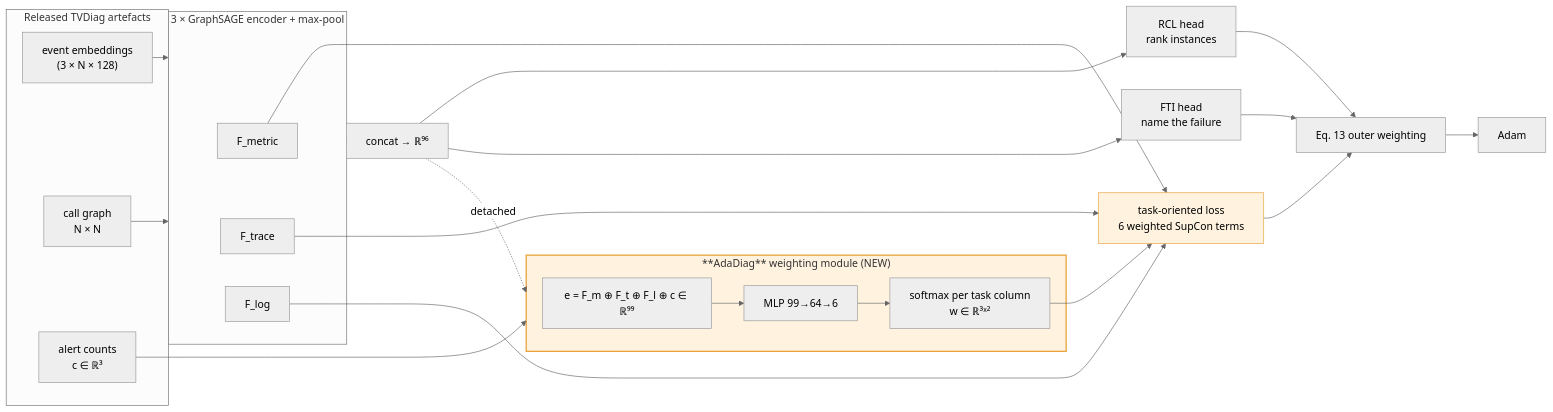
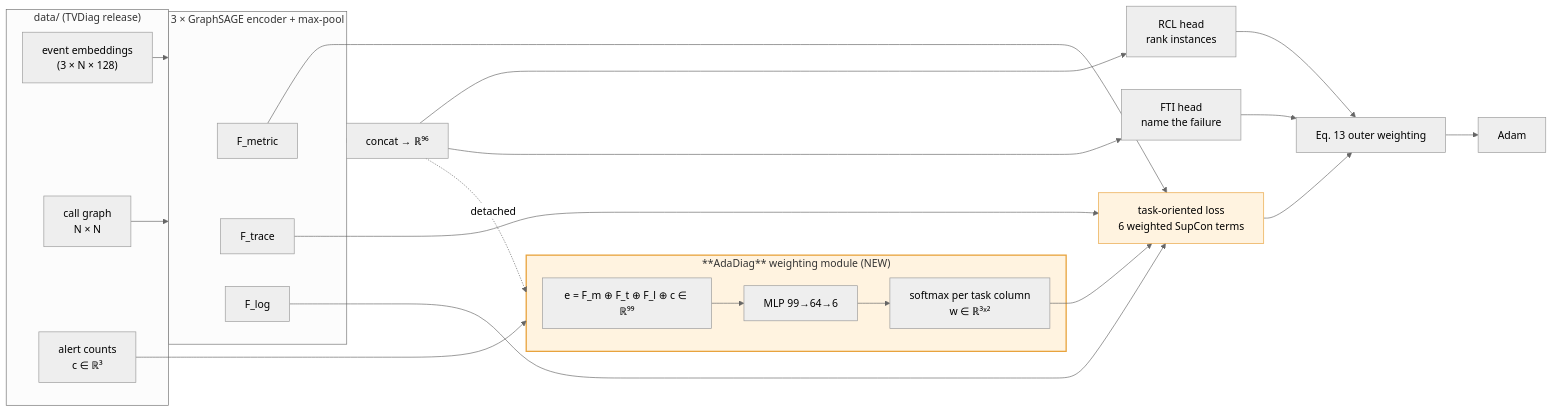
Before and after one commit to ShehreyarRashid/AdaDiag: the diagram in README.md, drawn with Mermaid (neutral theme). The commit also changed other lines of this file and 61 other files, not shown here.

````diff
--- a/README.md
+++ b/README.md
@@ -76,36 +83,36 @@
 ```mermaid
 flowchart LR
-  subgraph IN["Released TVDiag artefacts"]
+  subgraph IN["data/ (TVDiag release)"]
     E["event embeddings<br/>(3 × N × 128)"]
     G["call graph<br/>N × N"]
     C["alert counts<br/>c ∈ ℝ³"]
   end
 
   E --> ENC
   G --> ENC
   subgraph ENC["3 × GraphSAGE encoder + max-pool"]
     FM["F_metric"]
     FT["F_trace"]
     FL["F_log"]
   end
 
   ENC --> FUSE["concat → ℝ⁹⁶"]
   FUSE --> RCL["RCL head<br/>rank instances"]
   FUSE --> FTI["FTI head<br/>name the failure"]
 
   FUSE -. detached .-> W
   C --> W
   subgraph W["**AdaDiag** weighting module (NEW)"]
     D["e = F_m ⊕ F_t ⊕ F_l ⊕ c ∈ ℝ⁹⁹"] --> M["MLP 99→64→6"] --> S["softmax per task column<br/>w ∈ ℝ³ˣ²"]
   end
 
   S --> TO["task-oriented loss<br/>6 weighted SupCon terms"]
   FM & FT & FL --> TO
   TO --> L["Eq. 13 outer weighting"]
   RCL --> L
   FTI --> L
   L --> OPT["Adam"]
 
   style W fill:#fff3e0,stroke:#e8a33d,stroke-width:2px
   style TO fill:#fff3e0,stroke:#e8a33d
 ```
````
